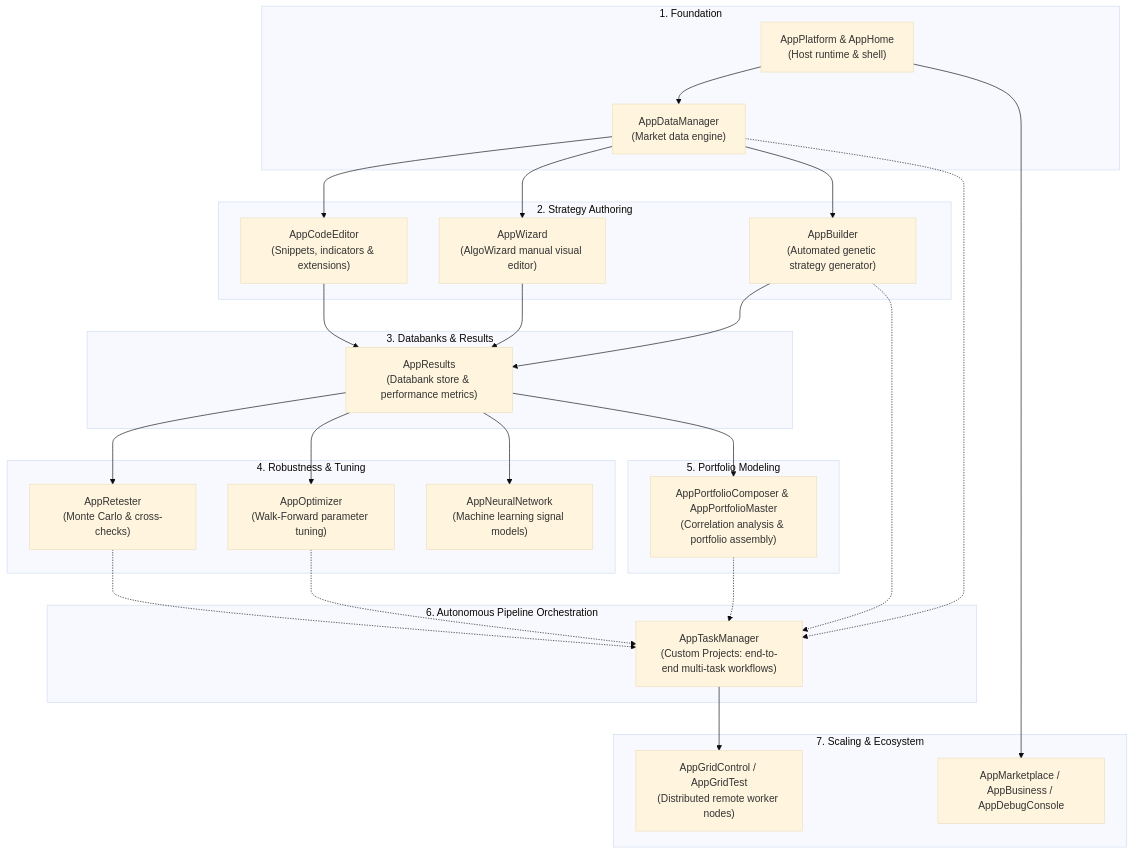
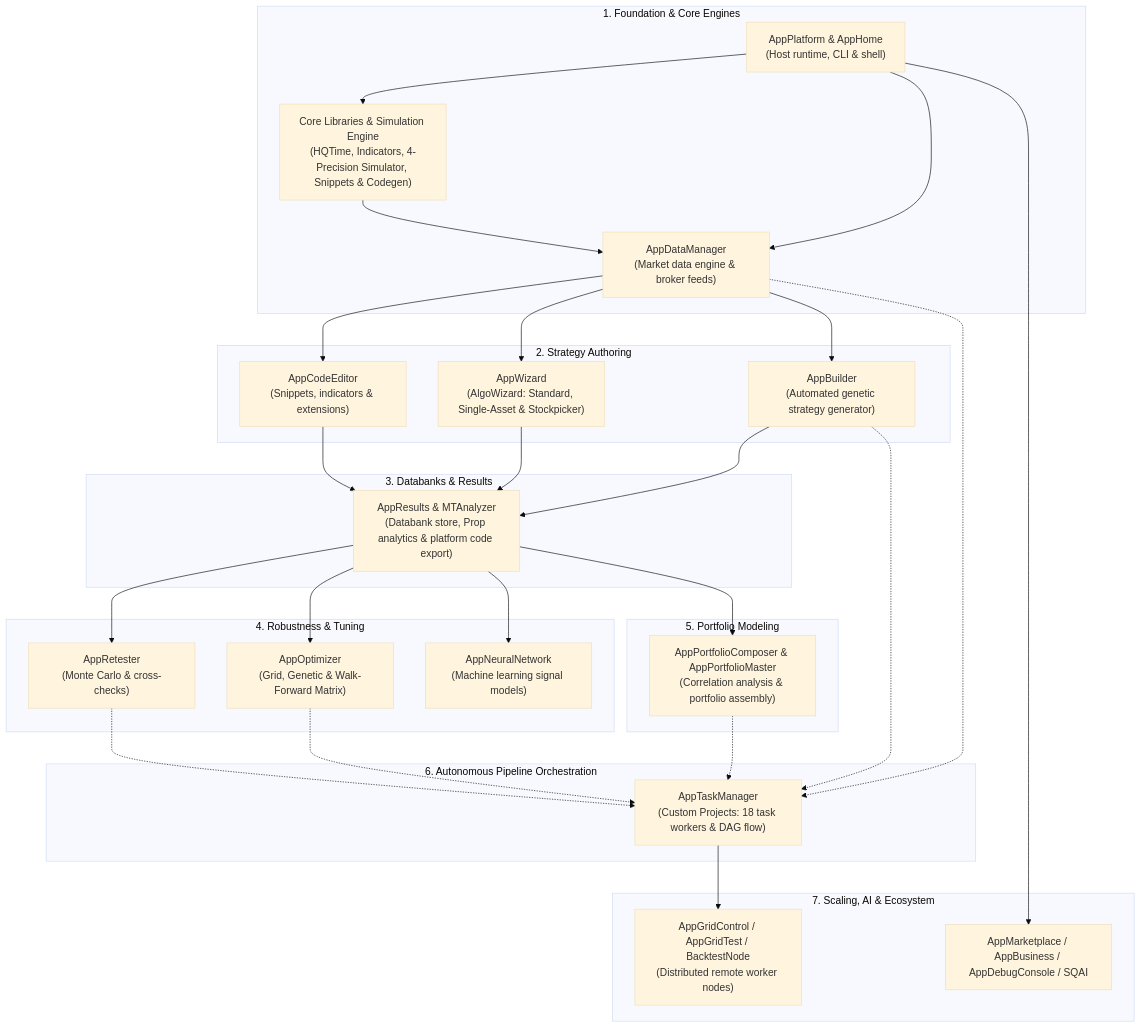
One commit to haruperi/HaruQuantAI changed the first of 5 diagrams in docs/SQX/architecture-and-reimplementation.md. Above: the diagram before and after it, drawn with Mermaid (base theme). The commit also changed other lines of this file and 14 other files, not shown here.

First line of the commit message:
refactor(services): consolidate utils into include, sanitize clean-room brands, and update architecture blueprint

````diff
--- a/docs/SQX/architecture-and-reimplementation.md
+++ b/docs/SQX/architecture-and-reimplementation.md
@@ -25,35 +25,37 @@
 ```mermaid
 flowchart TD
-    subgraph S1["1. Foundation"]
-        Host["AppPlatform & AppHome<br/>(Host runtime & shell)"] --> DataMgr["AppDataManager<br/>(Market data engine)"]
+    subgraph S1["1. Foundation & Core Engines"]
+        Host["AppPlatform & AppHome<br/>(Host runtime, CLI & shell)"] --> Core["Core Libraries & Simulation Engine<br/>(HQTime, Indicators, 4-Precision Simulator, Snippets & Codegen)"]
+        Host --> DataMgr["AppDataManager<br/>(Market data engine & broker feeds)"]
+        Core --> DataMgr
     end
     subgraph S2["2. Strategy Authoring"]
         DataMgr --> CodeEd["AppCodeEditor<br/>(Snippets, indicators & extensions)"]
-        DataMgr --> Wiz["AppWizard<br/>(AlgoWizard manual visual editor)"]
+        DataMgr --> Wiz["AppWizard<br/>(AlgoWizard: Standard, Single-Asset & Stockpicker)"]
         DataMgr --> Bld["AppBuilder<br/>(Automated genetic strategy generator)"]
     end
     subgraph S3["3. Databanks & Results"]
-        CodeEd --> Res["AppResults<br/>(Databank store & performance metrics)"]
+        CodeEd --> Res["AppResults & MTAnalyzer<br/>(Databank store, Prop analytics & platform code export)"]
         Wiz --> Res
         Bld --> Res
     end
     subgraph S4["4. Robustness & Tuning"]
         Res --> Retest["AppRetester<br/>(Monte Carlo & cross-checks)"]
-        Res --> Opt["AppOptimizer<br/>(Walk-Forward parameter tuning)"]
+        Res --> Opt["AppOptimizer<br/>(Grid, Genetic & Walk-Forward Matrix)"]
         Res --> NN["AppNeuralNetwork<br/>(Machine learning signal models)"]
     end
     subgraph S5["5. Portfolio Modeling"]
         Res --> Port["AppPortfolioComposer & AppPortfolioMaster<br/>(Correlation analysis & portfolio assembly)"]
     end
     subgraph S6["6. Autonomous Pipeline Orchestration"]
-        DataMgr -.-> TM["AppTaskManager<br/>(Custom Projects: end-to-end multi-task workflows)"]
+        DataMgr -.-> TM["AppTaskManager<br/>(Custom Projects: 18 task workers & DAG flow)"]
         Bld -.-> TM
         Retest -.-> TM
         Opt -.-> TM
         Port -.-> TM
     end
-    subgraph S7["7. Scaling & Ecosystem"]
-        TM --> Grid["AppGridControl / AppGridTest<br/>(Distributed remote worker nodes)"]
-        Host --> Tools["AppMarketplace / AppBusiness / AppDebugConsole"]
+    subgraph S7["7. Scaling, AI & Ecosystem"]
+        TM --> Grid["AppGridControl / AppGridTest / BacktestNode<br/>(Distributed remote worker nodes)"]
+        Host --> Tools["AppMarketplace / AppBusiness / AppDebugConsole / SQAI"]
     end
 ```
````
